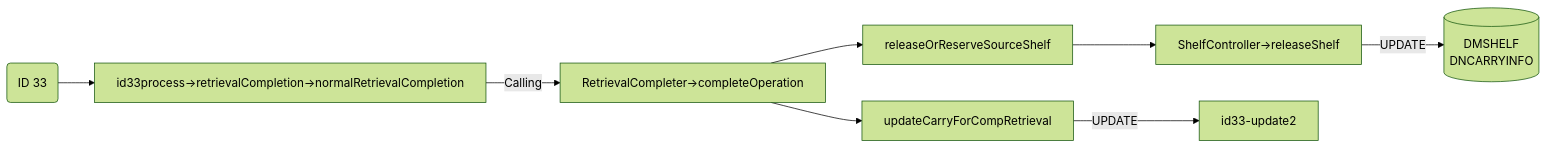
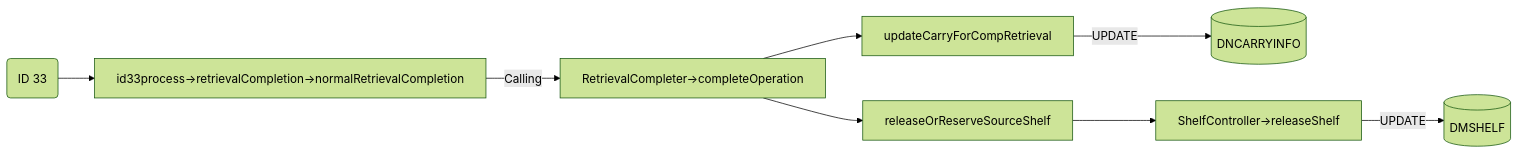
The ninth of 19 diagrams in Basic-Design/DFD-WMS/Retrieval/Specific-Location-Retrieval-Setting.md (luthfiadityaa/SimeDarby-Wiki), drawn with Mermaid (forest theme) before and after one commit.

Commit message:
Updated Specific Location Retrieval Setting

```diff
--- a/Basic-Design/DFD-WMS/Retrieval/Specific-Location-Retrieval-Setting.md
+++ b/Basic-Design/DFD-WMS/Retrieval/Specific-Location-Retrieval-Setting.md
@@ -429,19 +429,22 @@
 ::: mermaid
 flowchart LR
 
 id33("
 ID 33
 ")
 
 id33-update[("
 DMSHELF
+")]
+
+id33-update2[("
 DNCARRYINFO
 ")]
 
 id33-->P1[id33process→retrievalCompletion→normalRetrievalCompletion]
 P1--> |Calling| P2[RetrievalCompleter→completeOperation]
 P4[releaseOrReserveSourceShelf]
 P5[updateCarryForCompRetrieval]
 P2-->P4-->P3[ShelfController→releaseShelf]--> |UPDATE| id33-update
 P2-->P5-->|UPDATE| id33-update2
 :::
```
